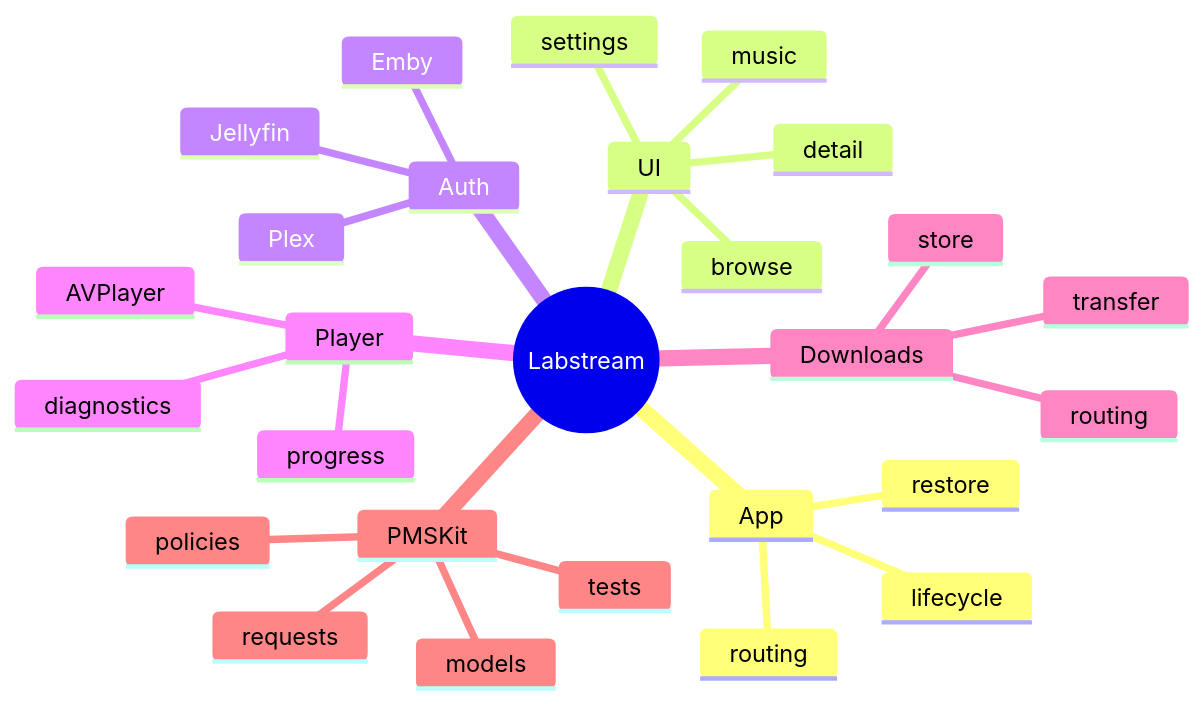
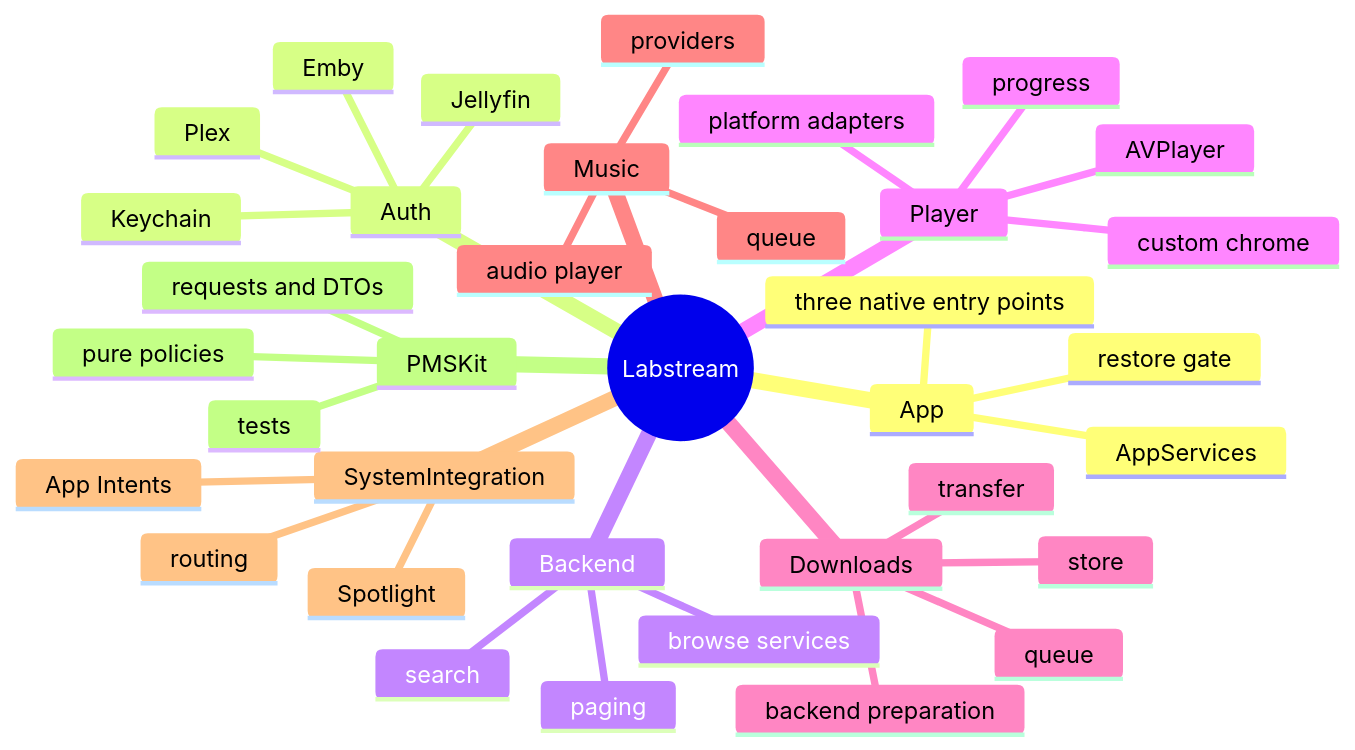
One commit to jlipworth/Labstream changed the diagram in docs/CODE-MAP.md. Above: the diagram before and after it, drawn with Mermaid. The commit also changed other lines of this file and 33 other files, not shown here.

Commit message:
docs: align architecture and workflows with current code

````diff
--- a/docs/CODE-MAP.md
+++ b/docs/CODE-MAP.md
@@ -5,30 +8,39 @@
 ```mermaid
 mindmap
   root((Labstream))
     App
-      lifecycle
-      restore
-      routing
-    UI
-      settings
-      browse
-      detail
-      music
+      three native entry points
+      AppServices
+      restore gate
     Auth
       Plex
       Jellyfin
       Emby
+      Keychain
+    Backend
+      browse services
+      paging
+      search
     Player
       AVPlayer
-      diagnostics
+      custom chrome
       progress
+      platform adapters
     Downloads
-      routing
+      backend preparation
+      queue
       transfer
       store
+    Music
+      providers
+      queue
+      audio player
+    SystemIntegration
+      App Intents
+      Spotlight
+      routing
     PMSKit
-      models
-      requests
-      policies
+      requests and DTOs
+      pure policies
       tests
 ```
````
